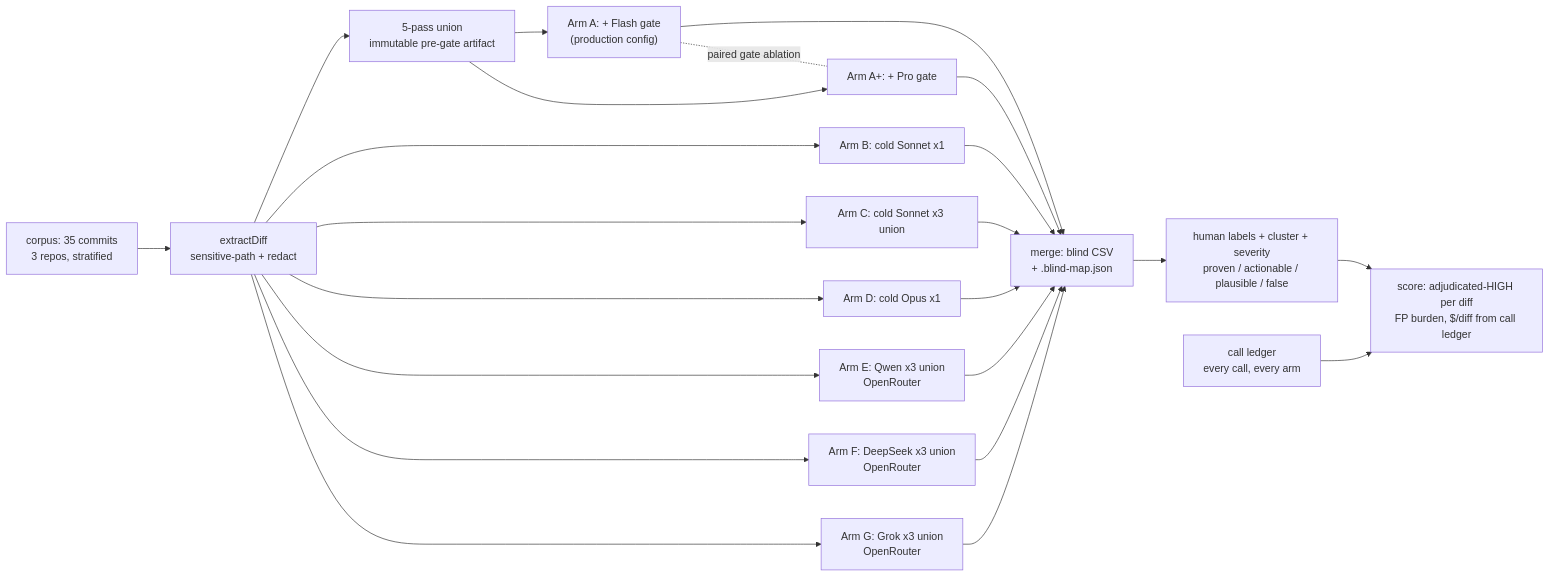
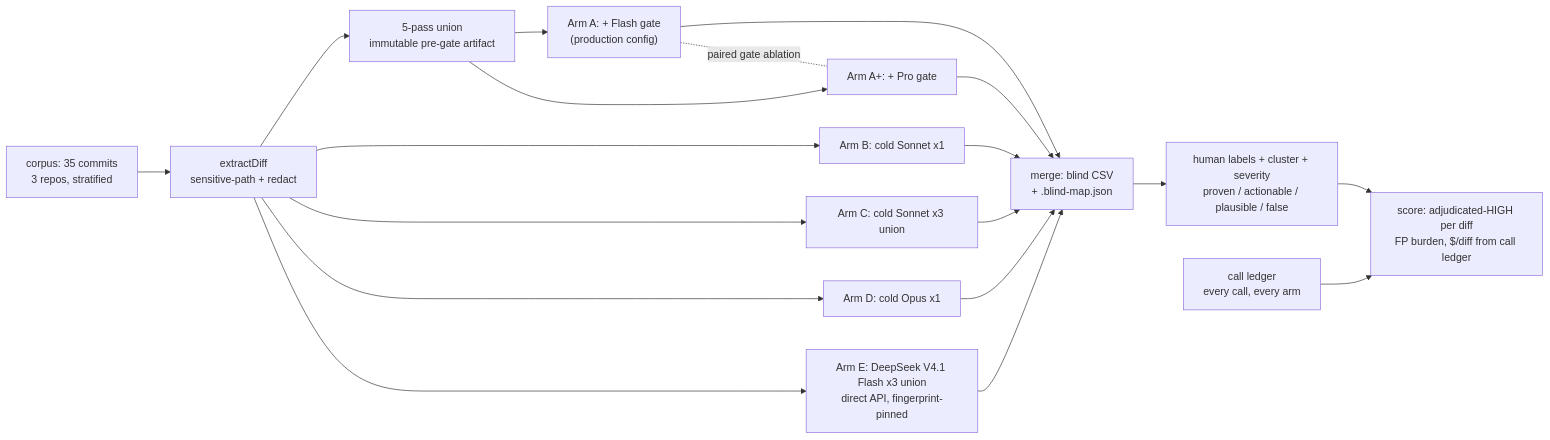
Before and after one commit to Lbstrydom/claude-engineering-skills: the diagram in docs/plans/reviewer-cost-value-experiment.md, drawn with Mermaid. The commit also changed other lines of this file and 2 other files, not shown here.

First line of the commit message:
exp5: one cheap challenger (DeepSeek V4.1 Flash direct), policy v2 opens wine to OpenRouter + Chinese vendors

````diff
--- a/docs/plans/reviewer-cost-value-experiment.md
+++ b/docs/plans/reviewer-cost-value-experiment.md
@@ -135,25 +154,21 @@
 ```mermaid
 graph LR
   CORPUS["corpus: 35 commits<br/>3 repos, stratified"] --> X["extractDiff<br/>sensitive-path + redact"]
   X --> U["5-pass union<br/>immutable pre-gate artifact"]
   U --> A["Arm A: + Flash gate<br/>(production config)"]
   U --> APLUS["Arm A+: + Pro gate"]
   X --> B["Arm B: cold Sonnet x1"]
   X --> C["Arm C: cold Sonnet x3 union"]
   X --> D["Arm D: cold Opus x1"]
-  X --> E["Arm E: Qwen x3 union<br/>OpenRouter"]
-  X --> F["Arm F: DeepSeek x3 union<br/>OpenRouter"]
-  X --> G["Arm G: Grok x3 union<br/>OpenRouter"]
+  X --> E["Arm E: DeepSeek V4.1 Flash x3 union<br/>direct API, fingerprint-pinned"]
   A --> M["merge: blind CSV<br/>+ .blind-map.json"]
   B --> M
   C --> M
   D --> M
   E --> M
-  F --> M
-  G --> M
   APLUS --> M
   A -. paired gate ablation .- APLUS
   M --> H["human labels + cluster + severity<br/>proven / actionable / plausible / false"]
   H --> S["score: adjudicated-HIGH per diff<br/>FP burden, $/diff from call ledger"]
   L["call ledger<br/>every call, every arm"] --> S
 ```
````
